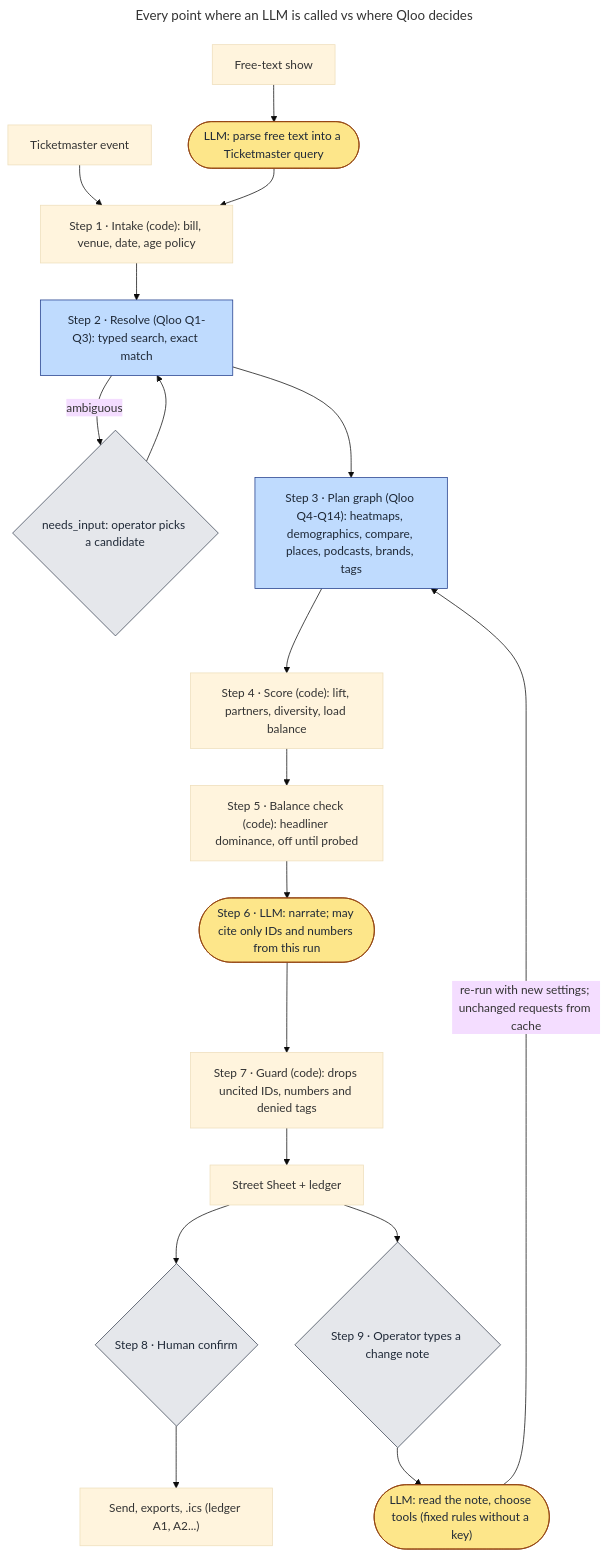
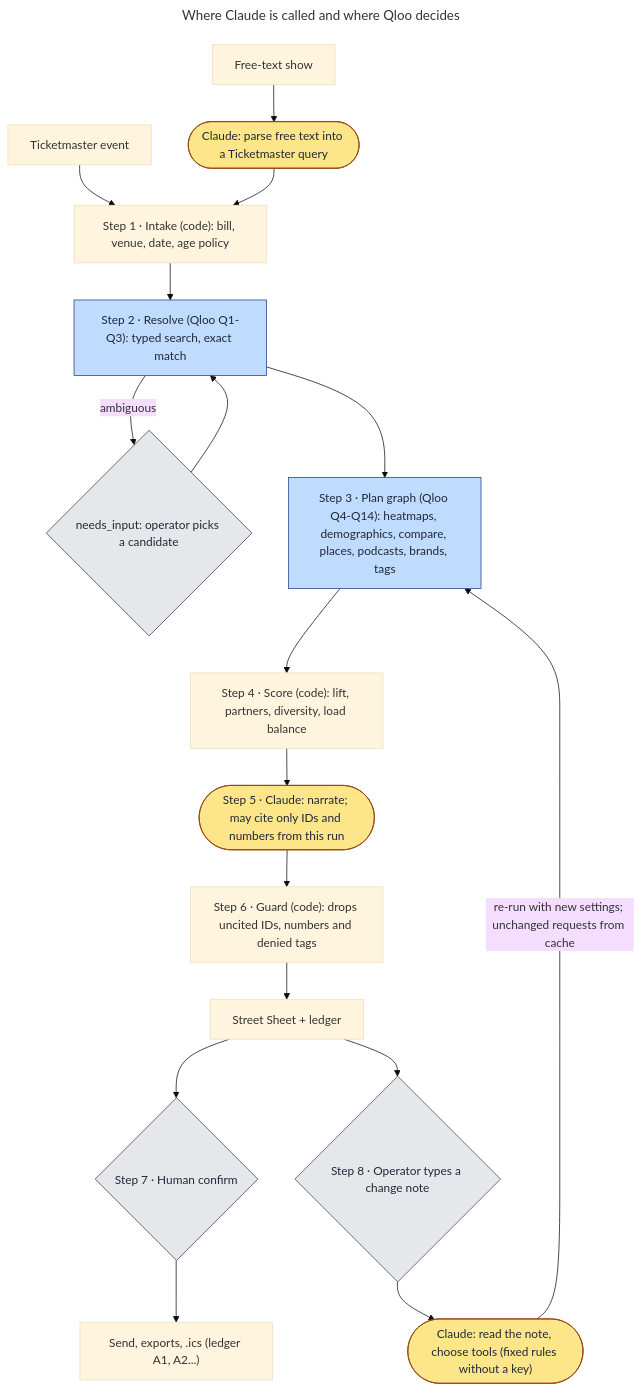
Before and after one commit to TAUIL-Abd-Elilah/walkup: the diagram in README.md, drawn with Mermaid (base theme). The commit also changed other lines of this file and 174 other files, not shown here.

````diff
--- a/README.md
+++ b/README.md
@@ -111,30 +105,29 @@
 ```mermaid
 ---
-title: Every point where an LLM is called vs where Qloo decides
+title: Where Claude is called and where Qloo decides
 ---
 flowchart TD
   TMURL["Ticketmaster event"] --> INTAKE["Step 1 · Intake (code): bill, venue, date, age policy"]
-  FREE["Free-text show"] --> PARSE(["LLM: parse free text into a Ticketmaster query"])
+  FREE["Free-text show"] --> PARSE(["Claude: parse free text into a Ticketmaster query"])
   PARSE --> INTAKE
   INTAKE --> RESOLVE["Step 2 · Resolve (Qloo Q1-Q3): typed search, exact match"]
   RESOLVE -->|ambiguous| PICK{"needs_input: operator picks a candidate"}
   PICK --> RESOLVE
   RESOLVE --> GRAPH["Step 3 · Plan graph (Qloo Q4-Q14): heatmaps, demographics, compare, places, podcasts, brands, tags"]
   GRAPH --> SCORE["Step 4 · Score (code): lift, partners, diversity, load balance"]
-  SCORE --> BALANCE["Step 5 · Balance check (code): headliner dominance, off until probed"]
-  BALANCE --> NARRATE(["Step 6 · LLM: narrate; may cite only IDs and numbers from this run"])
-  NARRATE --> GUARD["Step 7 · Guard (code): drops uncited IDs, numbers and denied tags"]
+  SCORE --> NARRATE(["Step 5 · Claude: narrate; may cite only IDs and numbers from this run"])
+  NARRATE --> GUARD["Step 6 · Guard (code): drops uncited IDs, numbers and denied tags"]
   GUARD --> SHEET["Street Sheet + ledger"]
-  SHEET --> CONFIRM{"Step 8 · Human confirm"}
-  SHEET --> NOTE{"Step 9 · Operator types a change note"}
-  NOTE --> REVISE(["LLM: read the note, choose tools (fixed rules without a key)"])
+  SHEET --> CONFIRM{"Step 7 · Human confirm"}
+  SHEET --> NOTE{"Step 8 · Operator types a change note"}
+  NOTE --> REVISE(["Claude: read the note, choose tools (fixed rules without a key)"])
   REVISE -->|"re-run with new settings; unchanged requests from cache"| GRAPH
   CONFIRM --> ACT["Send, exports, .ics (ledger A1, A2...)"]
 
   classDef llm fill:#fde68a,stroke:#92400e,color:#1f2937
   classDef qloo fill:#bfdbfe,stroke:#1e3a8a,color:#1f2937
   classDef human fill:#e5e7eb,stroke:#374151,color:#1f2937
   class PARSE,NARRATE,REVISE llm
   class RESOLVE,GRAPH qloo
   class PICK,CONFIRM,NOTE human
 ```
````
